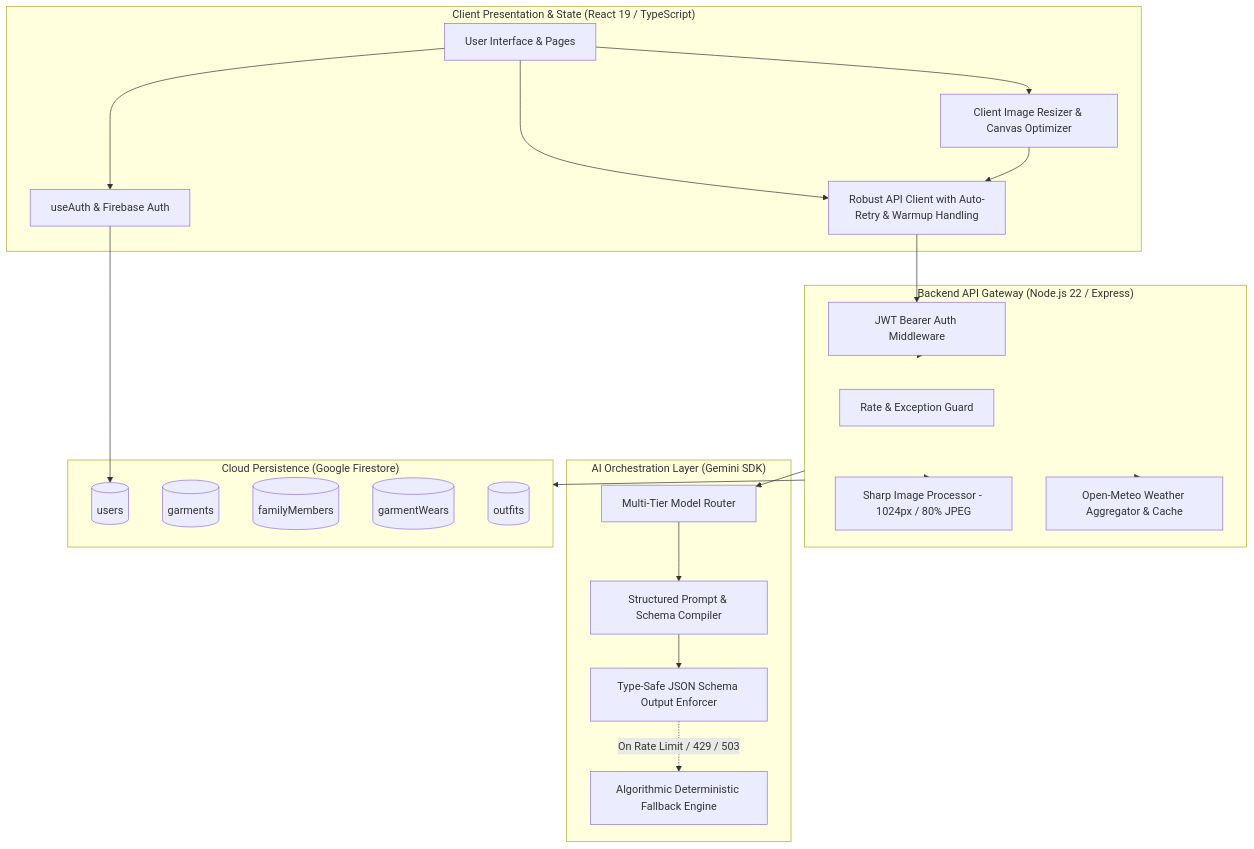
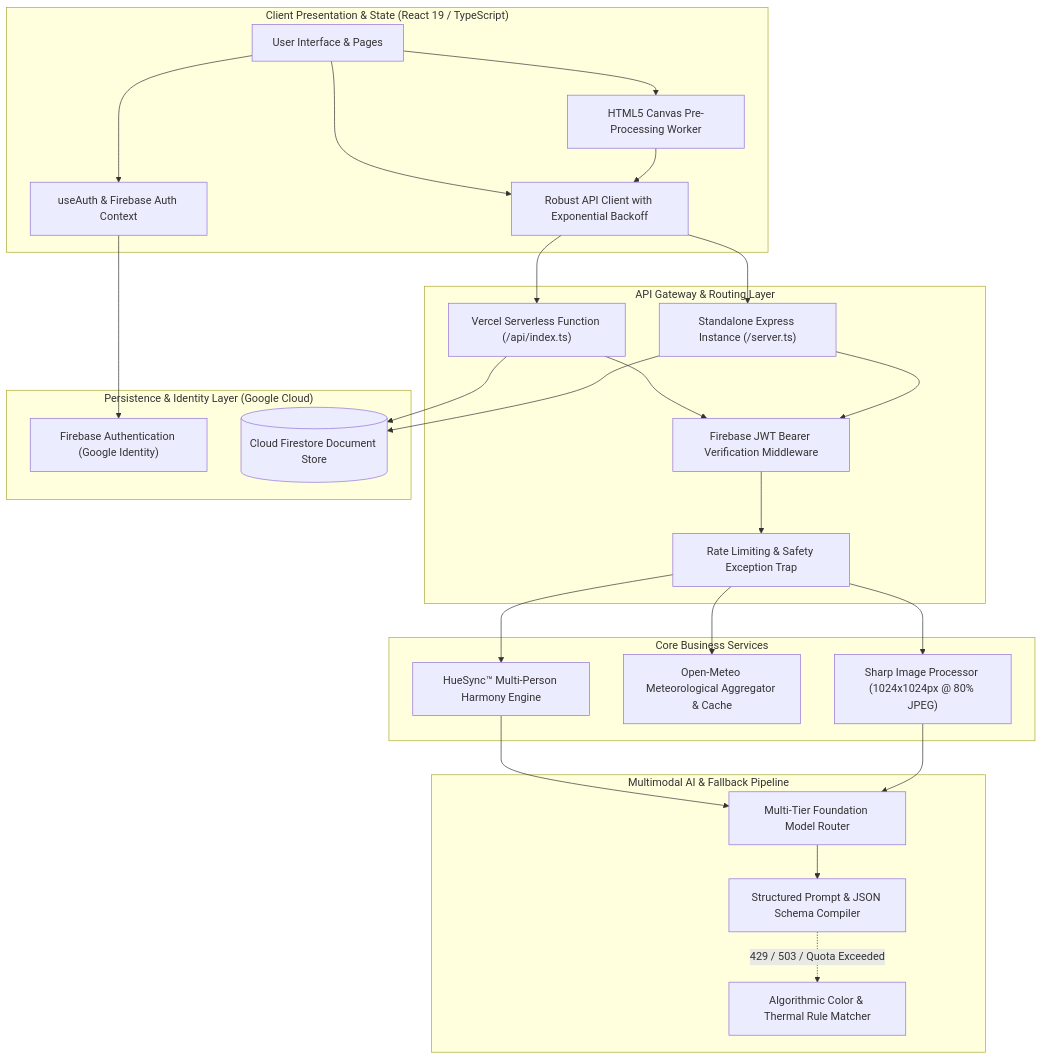
The first of 5 diagrams in ARCHITECTURE.md (MOHITH001-HASH/Vastrakalp---Personal-Weather-Based-Clothing-Recommendation-System), drawn with Mermaid before and after one commit. The commit also changed other lines of this file and 6 other files, not shown here.

First line of the commit message:
refactor: improve Gemini model orchestration and API

````diff
--- a/ARCHITECTURE.md
+++ b/ARCHITECTURE.md
@@ -11,49 +11,57 @@
 ```mermaid
 flowchart TB
     subgraph ClientLayer ["Client Presentation & State (React 19 / TypeScript)"]
         UI[User Interface & Pages]
-        AuthContext[useAuth & Firebase Auth]
-        ApiClient[Robust API Client with Auto-Retry & Warmup Handling]
-        CanvasProc[Client Image Resizer & Canvas Optimizer]
+        AuthContext[useAuth & Firebase Auth Context]
+        ApiClient[Robust API Client with Exponential Backoff]
+        CanvasProc[HTML5 Canvas Pre-Processing Worker]
     end
 
-    subgraph GatewayLayer ["Backend API Gateway (Node.js 22 / Express)"]
-        AuthMiddleware[JWT Bearer Auth Middleware]
-        RateLimiter[Rate & Exception Guard]
-        SharpEngine[Sharp Image Processor - 1024px / 80% JPEG]
-        WeatherAggregator[Open-Meteo Weather Aggregator & Cache]
+    subgraph EdgeGateway ["API Gateway & Routing Layer"]
+        VercelServerless["Vercel Serverless Function (/api/index.ts)"]
+        ExpressLocal["Standalone Express Instance (/server.ts)"]
+        AuthMiddleware["Firebase JWT Bearer Verification Middleware"]
+        RateLimiter["Rate Limiting & Safety Exception Trap"]
     end
 
-    subgraph AIEngine ["AI Orchestration Layer (Gemini SDK)"]
-        ModelRouter[Multi-Tier Model Router]
-        PromptBuilder[Structured Prompt & Schema Compiler]
-        SchemaValidator[Type-Safe JSON Schema Output Enforcer]
-        FallbackEngine[Algorithmic Deterministic Fallback Engine]
+    subgraph ServiceLayer ["Core Business Services"]
+        SharpEngine["Sharp Image Processor (1024x1024px @ 80% JPEG)"]
+        WeatherAggregator["Open-Meteo Meteorological Aggregator & Cache"]
+        HueSyncService["HueSync™ Multi-Person Harmony Engine"]
     end
 
-    subgraph PersistenceLayer ["Cloud Persistence (Google Firestore)"]
-        UsersCol[(users)]
-        GarmentsCol[(garments)]
-        FamilyCol[(familyMembers)]
-        WearsCol[(garmentWears)]
-        OutfitsCol[(outfits)]
+    subgraph AIEngine ["Multimodal AI & Fallback Pipeline"]
+        ModelRouter["Multi-Tier Foundation Model Router"]
+        PromptCompiler["Structured Prompt & JSON Schema Compiler"]
+        DeterministicFallback["Algorithmic Color & Thermal Rule Matcher"]
+    end
+
+    subgraph PersistenceLayer ["Persistence & Identity Layer (Google Cloud)"]
+        FirebaseAuth["Firebase Authentication (Google Identity)"]
+        FirestoreDB[("Cloud Firestore Document Store")]
     end
 
     UI --> AuthContext
     UI --> ApiClient
     UI --> CanvasProc
     CanvasProc --> ApiClient
 
-    ApiClient --> AuthMiddleware
-    AuthMiddleware --> GatewayLayer
-    GatewayLayer --> SharpEngine
-    GatewayLayer --> WeatherAggregator
+    ApiClient --> VercelServerless
+    ApiClient --> ExpressLocal
+    VercelServerless --> AuthMiddleware
+    ExpressLocal --> AuthMiddleware
+    AuthMiddleware --> RateLimiter
 
-    GatewayLayer --> ModelRouter
-    ModelRouter --> PromptBuilder
-    PromptBuilder --> SchemaValidator
-    SchemaValidator -.->|On Rate Limit / 429 / 503| FallbackEngine
+    RateLimiter --> SharpEngine
+    RateLimiter --> WeatherAggregator
+    RateLimiter --> HueSyncService
 
-    GatewayLayer --> PersistenceLayer
-    AuthContext --> UsersCol
+    HueSyncService --> ModelRouter
+    SharpEngine --> ModelRouter
+    ModelRouter --> PromptCompiler
+    PromptCompiler -.->|429 / 503 / Quota Exceeded| DeterministicFallback
+
+    AuthContext --> FirebaseAuth
+    VercelServerless --> FirestoreDB
+    ExpressLocal --> FirestoreDB
 ```
````
